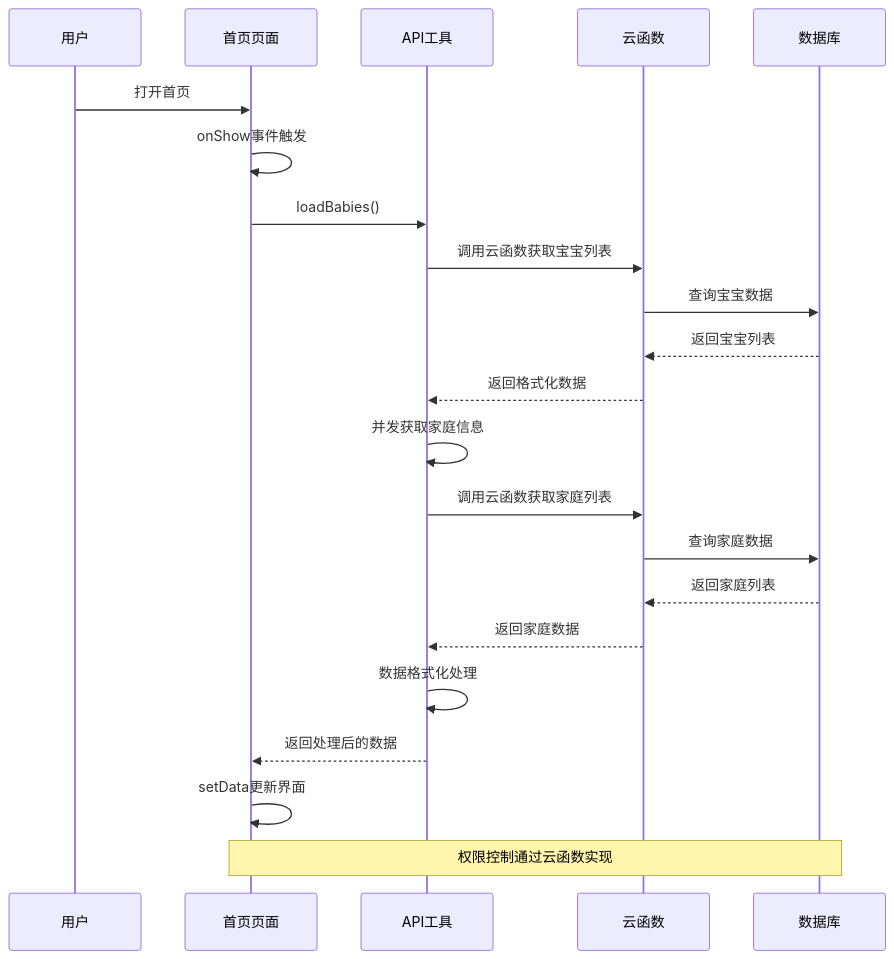
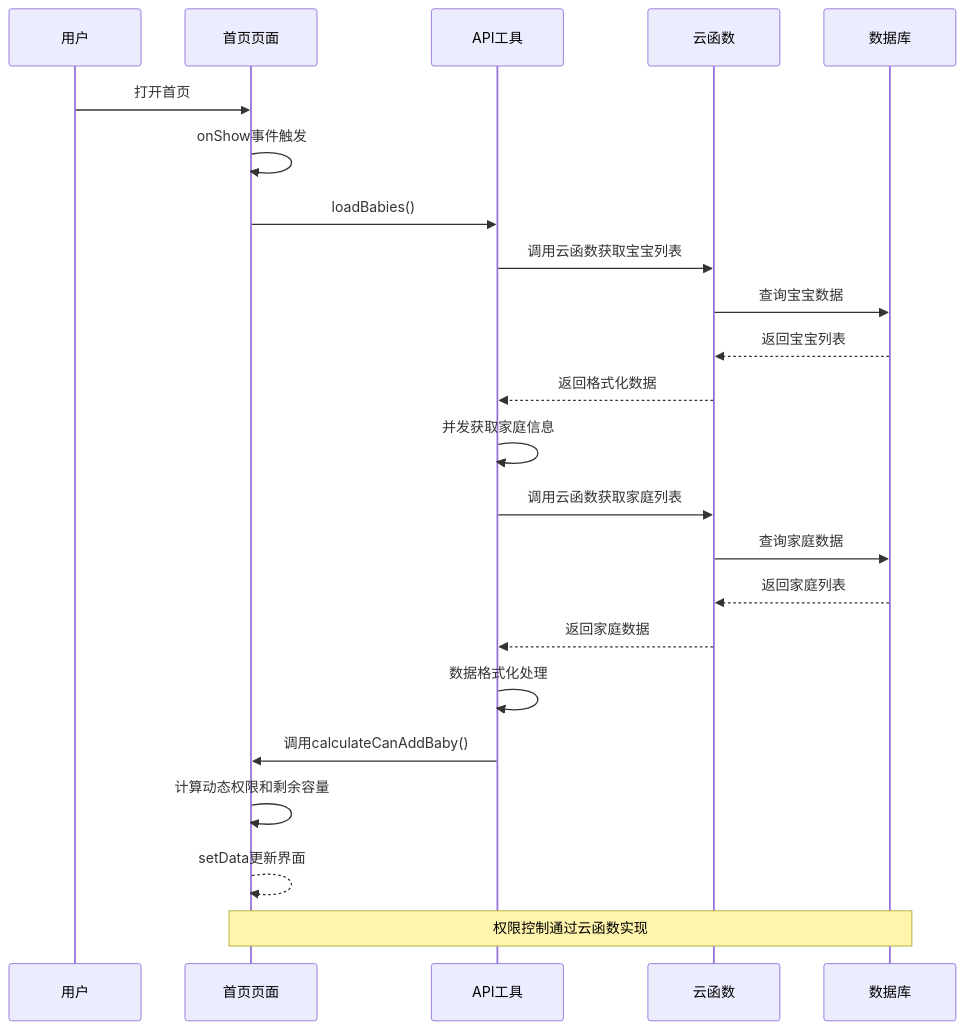
Before and after one commit to zhangxin19911211-creator/Project_BabyAssistant: the second of 7 diagrams in .qoder/repowiki/zh/content/页面组件设计/核心页面组件/首页宝宝列表页.md, drawn with Mermaid. The commit also changed other lines of this file and 24 other files, not shown here.

````diff
--- a/.qoder/repowiki/zh/content/页面组件设计/核心页面组件/首页宝宝列表页.md
+++ b/.qoder/repowiki/zh/content/页面组件设计/核心页面组件/首页宝宝列表页.md
@@ -100,24 +104,25 @@
 ```mermaid
 sequenceDiagram
 participant User as 用户
 participant Page as 首页页面
 participant API as API工具
 participant Cloud as 云函数
 participant DB as 数据库
 User->>Page : 打开首页
 Page->>Page : onShow事件触发
 Page->>API : loadBabies()
 API->>Cloud : 调用云函数获取宝宝列表
 Cloud->>DB : 查询宝宝数据
 DB-->>Cloud : 返回宝宝列表
 Cloud-->>API : 返回格式化数据
 API->>API : 并发获取家庭信息
 API->>Cloud : 调用云函数获取家庭列表
 Cloud->>DB : 查询家庭数据
 DB-->>Cloud : 返回家庭列表
 Cloud-->>API : 返回家庭数据
 API->>API : 数据格式化处理
-API-->>Page : 返回处理后的数据
-Page->>Page : setData更新界面
+API->>Page : 调用calculateCanAddBaby()
+Page->>Page : 计算动态权限和剩余容量
+Page-->>Page : setData更新界面
 Note over Page,DB : 权限控制通过云函数实现
 ```
````
